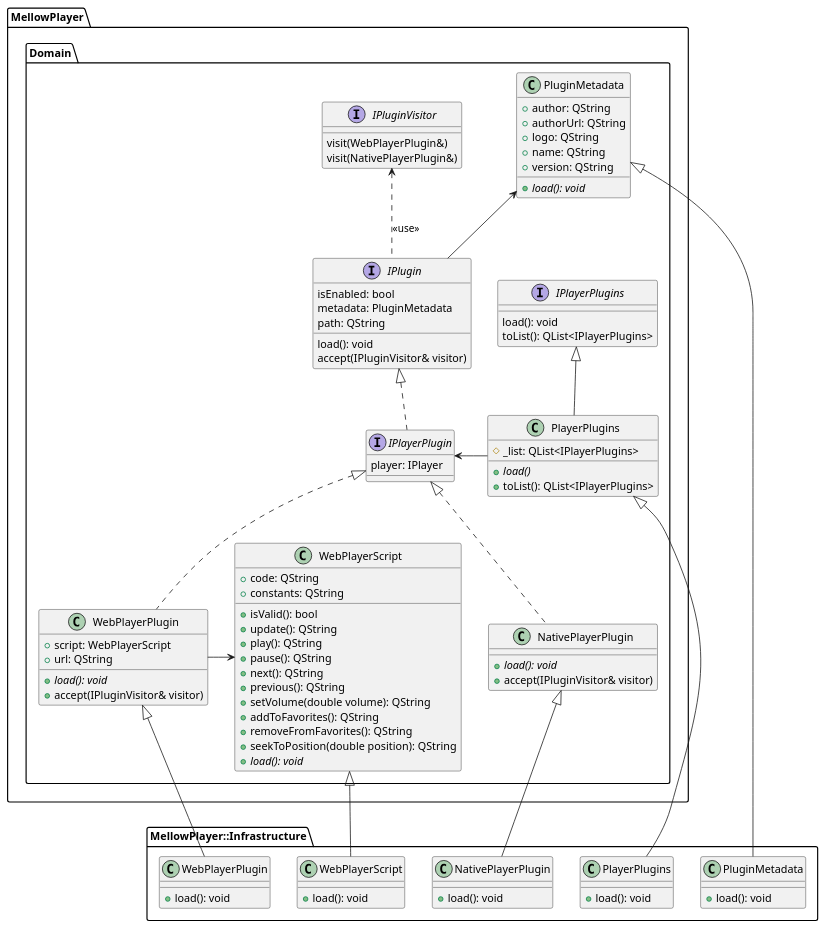
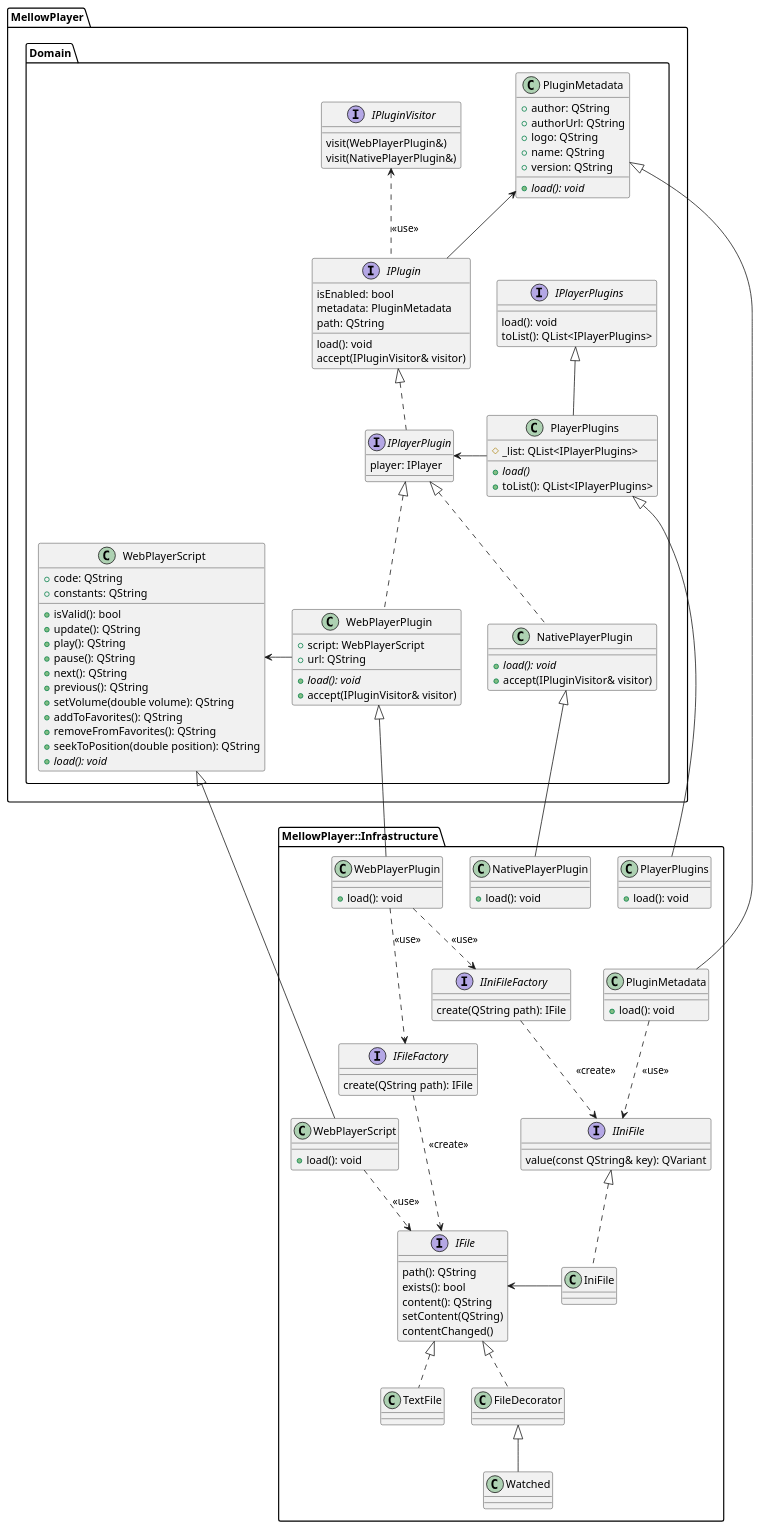
Before and after one commit to ColinDuquesnoy/MellowPlayer: the diagram in docs/developers/PlantUml/version4/Plugins.puml, drawn with PlantUML. The commit also changed 50 other files, not shown here.

```diff
--- a/docs/developers/PlantUml/version4/Plugins.puml
+++ b/docs/developers/PlantUml/version4/Plugins.puml
@@ -1,106 +1,145 @@
 @startuml
 
 namespace MellowPlayer.Domain {
     interface IPluginVisitor {
         visit(WebPlayerPlugin&)
         visit(NativePlayerPlugin&)
     }
 
     interface IPlayerPlugins {
         load(): void
         toList(): QList<IPlayerPlugins>
     }
 
     class PlayerPlugins {
         # _list: QList<IPlayerPlugins>
         + {abstract} load()
         + toList(): QList<IPlayerPlugins>
     }
     IPlayerPlugins <|-- PlayerPlugins
     PlayerPlugins -> IPlayerPlugin
 
     class PluginMetadata {
         + author: QString
         + authorUrl: QString
         + logo: QString
         + name: QString
         + version: QString
         + {abstract} load(): void
     }
 
     interface IPlugin {
         isEnabled: bool
         metadata: PluginMetadata
         path: QString
         load(): void
         accept(IPluginVisitor& visitor)
     }
     IPlugin -up-> PluginMetadata
     IPlugin .up.> IPluginVisitor: <<use>>
 
     interface IPlayerPlugin {
         player: IPlayer
     }
     IPlugin <|.. IPlayerPlugin
 
     class WebPlayerPlugin {
         + {abstract} load(): void
         + script: WebPlayerScript
         + url: QString
         + accept(IPluginVisitor& visitor)
 
     }
     IPlayerPlugin <|.. WebPlayerPlugin
 
     class WebPlayerScript {
         + code: QString
         + constants: QString
         + isValid(): bool
         + update(): QString
         + play(): QString
         + pause(): QString
         + next(): QString
         + previous(): QString
         + setVolume(double volume): QString
         + addToFavorites(): QString
         + removeFromFavorites(): QString
         + seekToPosition(double position): QString
         + {abstract} load(): void
     }
     WebPlayerPlugin -right-> WebPlayerScript
 
     class NativePlayerPlugin {
         + {abstract} load(): void
         + accept(IPluginVisitor& visitor)
     }
     IPlayerPlugin <|.. NativePlayerPlugin
 }
 
 namespace MellowPlayer::Infrastructure {
     class PlayerPlugins {
         + load(): void
     }
     MellowPlayer.Domain.PlayerPlugins <|-- PlayerPlugins
 
     class WebPlayerPlugin {
         + load(): void
     }
     MellowPlayer.Domain.WebPlayerPlugin <|-- WebPlayerPlugin
 
     class NativePlayerPlugin {
         + load(): void
     }
     MellowPlayer.Domain.NativePlayerPlugin <|-- NativePlayerPlugin
 
     class WebPlayerScript {
         + load(): void
     }
     MellowPlayer.Domain.WebPlayerScript <|-- WebPlayerScript
 
     class PluginMetadata {
         + load(): void
     }
     MellowPlayer.Domain.PluginMetadata <|-- PluginMetadata
+
+    interface IFile {
+        path(): QString
+        exists(): bool
+        content(): QString
+        setContent(QString)
+        contentChanged()
+    }
+    class TextFile
+    IFile <|.. TextFile
+
+    interface IIniFile {
+         value(const QString& key): QVariant
+    }
+
+    class IniFile
+    IIniFile <|.. IniFile
+    IniFile -> IFile
+
+    class FileDecorator
+    IFile <|.. FileDecorator
+
+    class Watched
+    FileDecorator <|-- Watched
+
+    interface IFileFactory {
+        create(QString path): IFile
+    }
+    IFileFactory ..> IFile: <<create>>
+
+    interface IIniFileFactory {
+        create(QString path): IFile
+    }
+    IIniFileFactory ..> IIniFile: <<create>>
+
+    WebPlayerScript ..> IFile: <<use>>
+    PluginMetadata ..> IIniFile: <<use>>
+    WebPlayerPlugin ..> IFileFactory: <<use>>
+    WebPlayerPlugin ..> IIniFileFactory: <<use>>
 }
 
 @enduml
```
